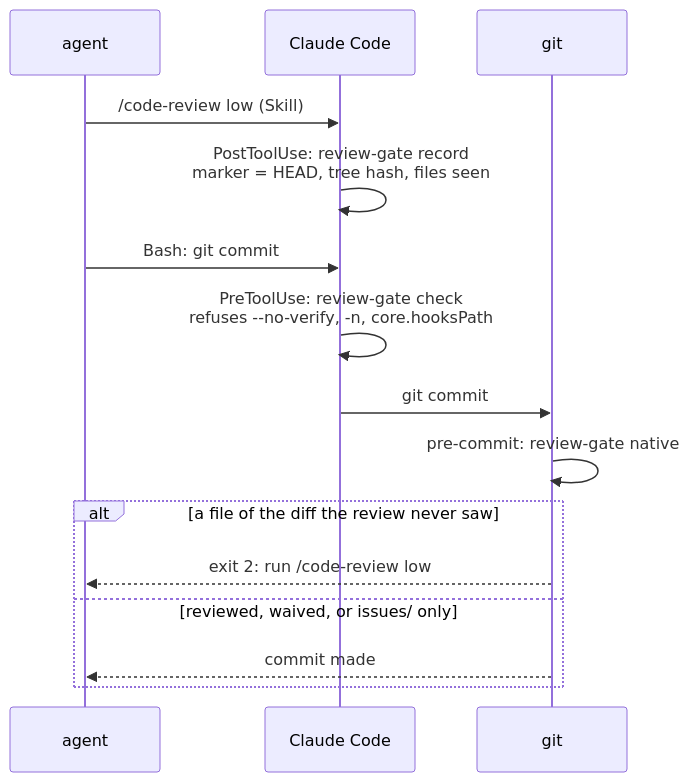
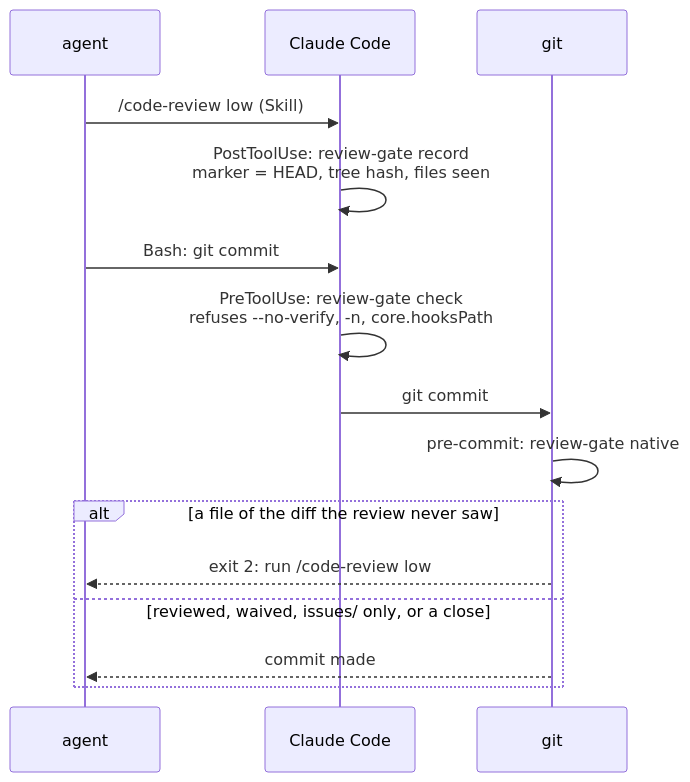
The third of 4 diagrams in docs/architecture.md (Electron-libre/agent-harness), drawn with Mermaid before and after one commit. The commit also changed other lines of this file and 8 other files, not shown here.

````diff
--- a/docs/architecture.md
+++ b/docs/architecture.md
@@ -169,17 +169,17 @@
 ```mermaid
 sequenceDiagram
   participant A as agent
   participant CC as Claude Code
   participant G as git
   A->>CC: /code-review low (Skill)
   CC->>CC: PostToolUse: review-gate record<br/>marker = HEAD, tree hash, files seen
   A->>CC: Bash: git commit
   CC->>CC: PreToolUse: review-gate check<br/>refuses --no-verify, -n, core.hooksPath
   CC->>G: git commit
   G->>G: pre-commit: review-gate native
   alt a file of the diff the review never saw
     G-->>A: exit 2: run /code-review low
-  else reviewed, waived, or issues/ only
+  else reviewed, waived, issues/ only, or a close
     G-->>A: commit made
   end
 ```
````
